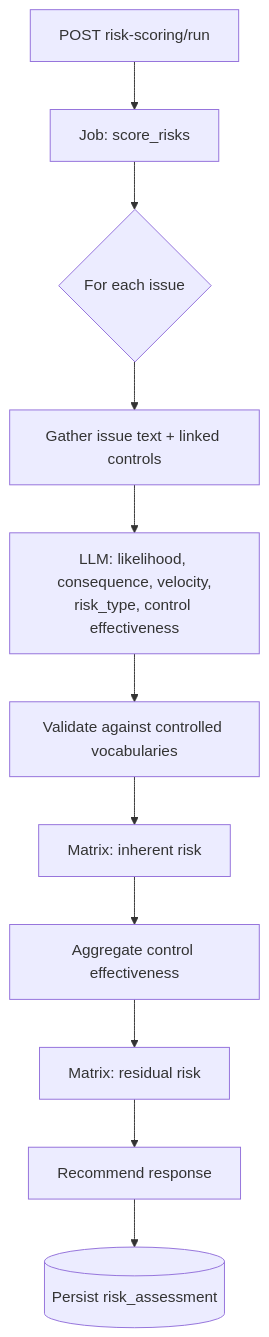
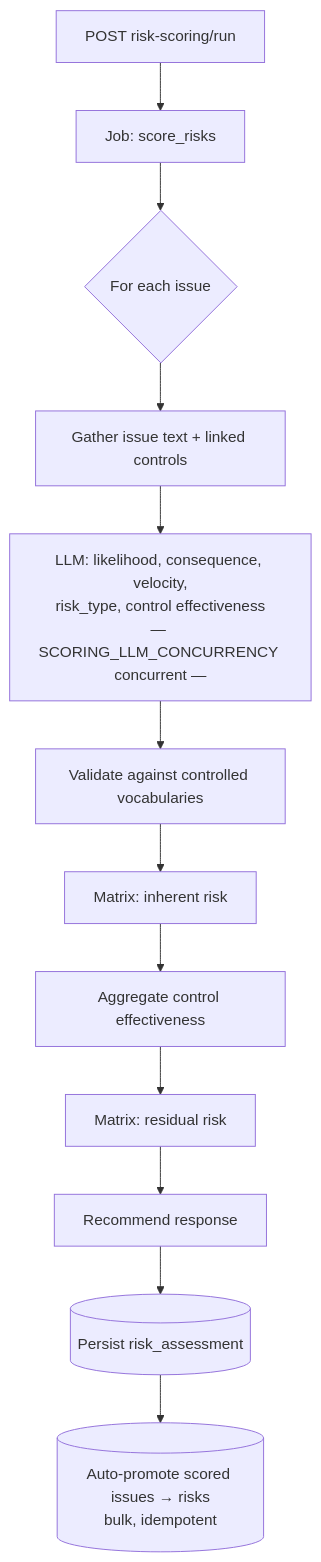
Before and after one commit to Rajman1221/iso-robot: the diagram in mint-docs/flow/07-risk-scoring.mdx, drawn with Mermaid. The commit also changed other lines of this file and 11 other files, not shown here.

````diff
--- a/mint-docs/flow/07-risk-scoring.mdx
+++ b/mint-docs/flow/07-risk-scoring.mdx
@@ -57,13 +60,14 @@
 ```mermaid
 flowchart TD
     A[POST risk-scoring/run] --> B[Job: score_risks]
     B --> C{For each issue}
     C --> D[Gather issue text + linked controls]
-    D --> E[LLM: likelihood, consequence, velocity,<br/>risk_type, control effectiveness]
+    D --> E[LLM: likelihood, consequence, velocity,<br/>risk_type, control effectiveness<br/>— SCORING_LLM_CONCURRENCY concurrent —]
     E --> F[Validate against controlled vocabularies]
     F --> G[Matrix: inherent risk]
     G --> H[Aggregate control effectiveness]
     H --> I[Matrix: residual risk]
     I --> J[Recommend response]
     J --> K[(Persist risk_assessment)]
+    K --> L[(Auto-promote scored issues → risks<br/>bulk, idempotent)]
 ```
````
